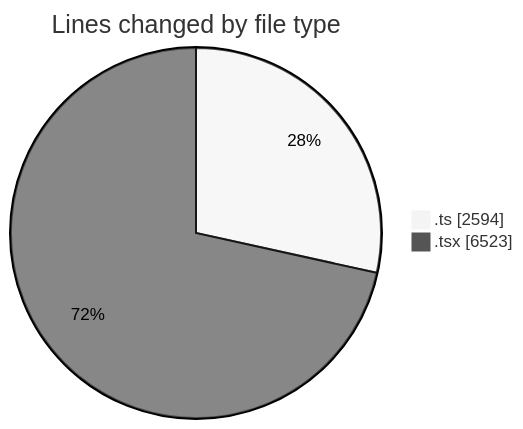
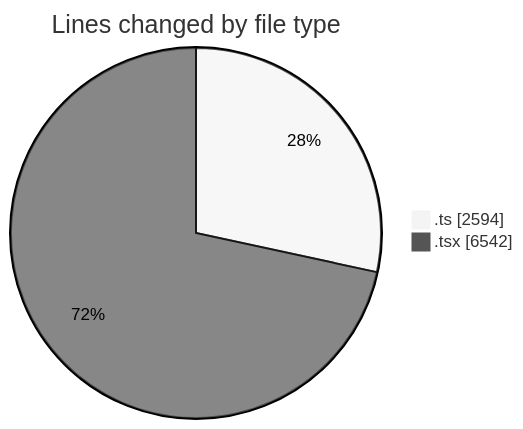
The first of 2 diagrams in 2025-07-01/cda/README.md (momahboobian/code-tracking), drawn with Mermaid (neutral theme) before and after one commit. The commit also changed other lines of this file and 1 other file, not shown here.

````diff
--- a/2025-07-01/cda/README.md
+++ b/2025-07-01/cda/README.md
@@ -44,6 +44,6 @@
 ```mermaid
 pie showData
 title Lines changed by file type
 ".ts" : 2594
-".tsx" : 6523
+".tsx" : 6542
 ```
````
